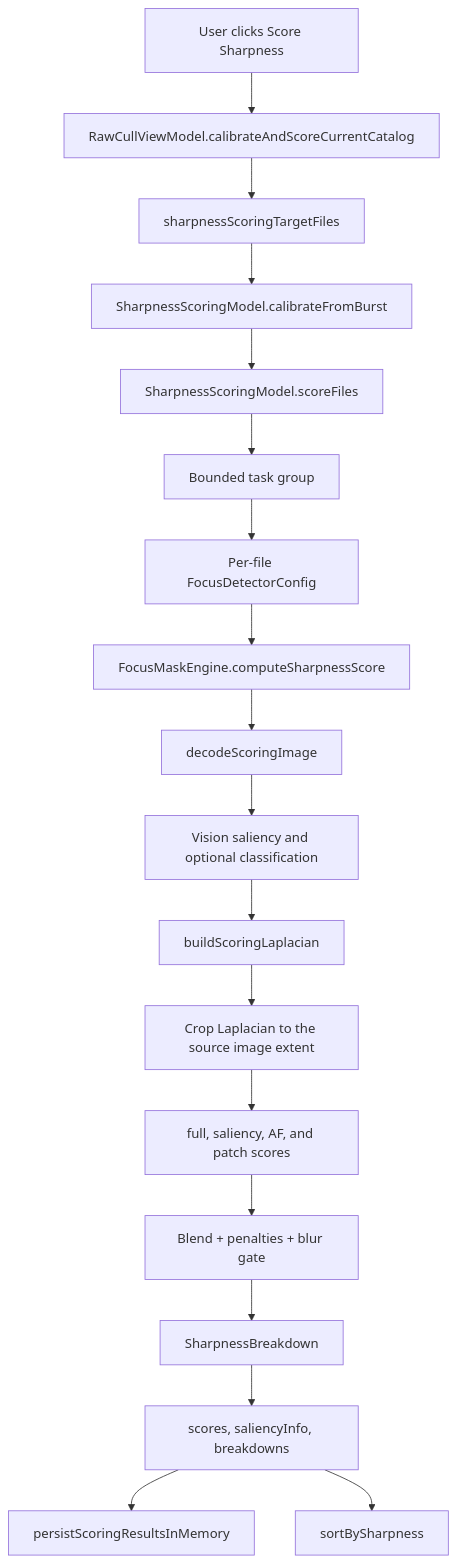
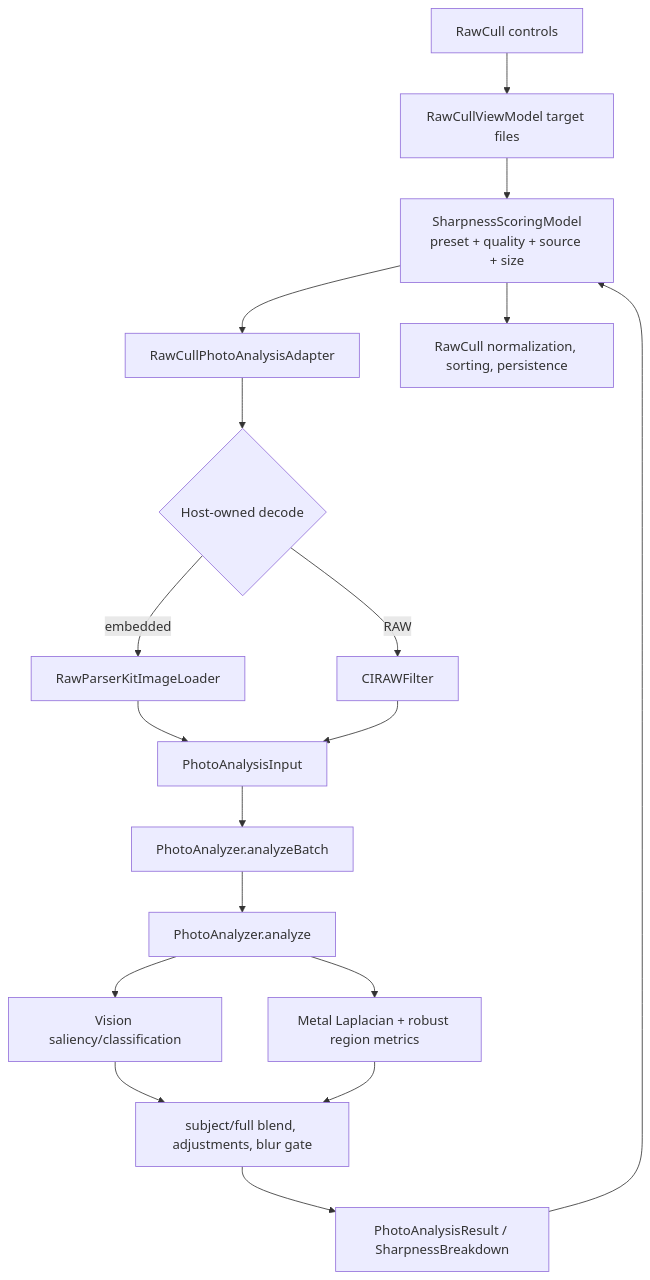
One commit to rsyncOSX/TechDocRawcull changed the diagram in content/en/docs/detailsharpnessscoring.md. Above: the diagram before and after it, drawn with Mermaid. The commit also changed other lines of this file and 3 other files, not shown here.

````diff
--- a/content/en/docs/detailsharpnessscoring.md
+++ b/content/en/docs/detailsharpnessscoring.md
@@ -35,20 +67,20 @@
 ```mermaid
 flowchart TD
-    A["User clicks Score Sharpness"] --> B["RawCullViewModel.calibrateAndScoreCurrentCatalog"]
-    B --> C["sharpnessScoringTargetFiles"]
-    C --> D["SharpnessScoringModel.calibrateFromBurst"]
-    D --> E["SharpnessScoringModel.scoreFiles"]
-    E --> F["Bounded task group"]
-    F --> G["Per-file FocusDetectorConfig"]
-    G --> H["FocusMaskEngine.computeSharpnessScore"]
-    H --> I["decodeScoringImage"]
-    I --> J["Vision saliency and optional classification"]
-    J --> K["buildScoringLaplacian"]
-    K --> L["Crop Laplacian to the source image extent"]
-    L --> M["full, saliency, AF, and patch scores"]
-    M --> N["Blend + penalties + blur gate"]
-    N --> O["SharpnessBreakdown"]
-    O --> P["scores, saliencyInfo, breakdowns"]
-    P --> Q["persistScoringResultsInMemory"]
-    P --> R["sortBySharpness"]
+    UI["RawCull controls"] --> RVM["RawCullViewModel target files"]
+    RVM --> SM["SharpnessScoringModel<br/>preset + quality + source + size"]
+    SM --> ADAPTER["RawCullPhotoAnalysisAdapter"]
+    ADAPTER --> DECODE{"Host-owned decode"}
+    DECODE -->|"embedded"| RPK["RawParserKitImageLoader"]
+    DECODE -->|"RAW"| CIRAW["CIRAWFilter"]
+    RPK --> INPUT["PhotoAnalysisInput"]
+    CIRAW --> INPUT
+    INPUT --> BATCH["PhotoAnalyzer.analyzeBatch"]
+    BATCH --> ANALYZE["PhotoAnalyzer.analyze"]
+    ANALYZE --> VISION["Vision saliency/classification"]
+    ANALYZE --> LAPLACIAN["Metal Laplacian + robust region metrics"]
+    VISION --> BLEND["subject/full blend, adjustments, blur gate"]
+    LAPLACIAN --> BLEND
+    BLEND --> RESULT["PhotoAnalysisResult / SharpnessBreakdown"]
+    RESULT --> SM
+    SM --> PERSIST["RawCull normalization, sorting, persistence"]
 ```
````
